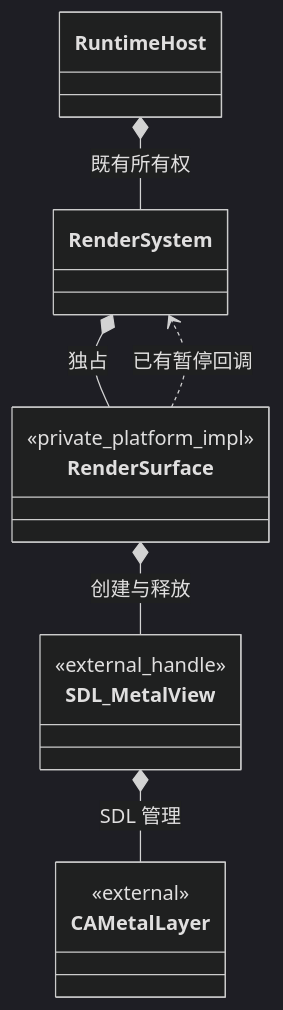
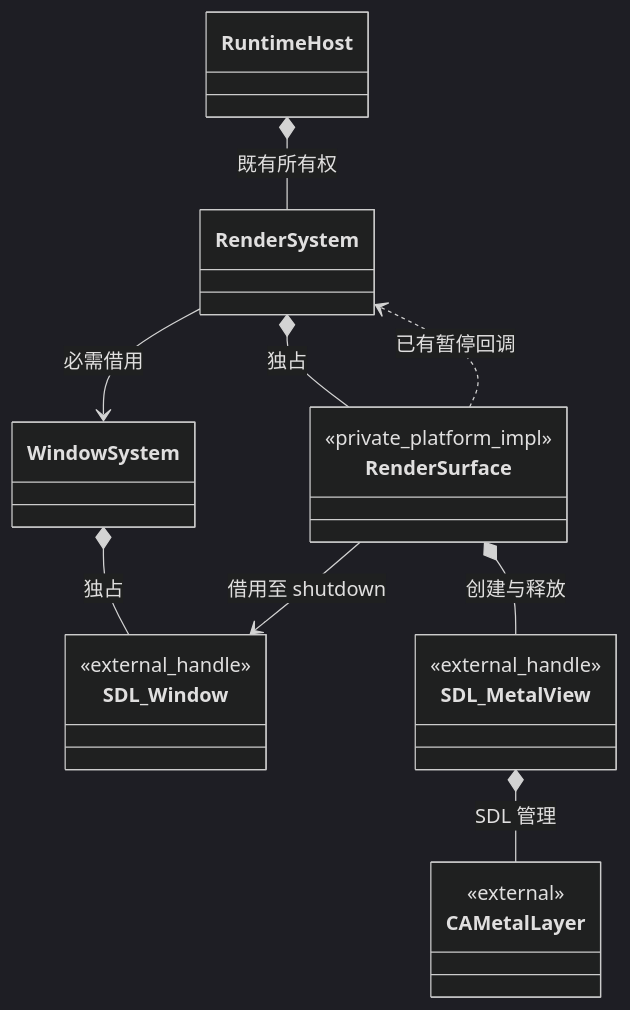
The second of 2 diagrams in docs/runtime/class-diagrams/ios-host.md (lcals/Engine), drawn with Mermaid (dark theme) before and after one commit. The commit also changed other lines of this file and 17 other files, not shown here.

````diff
--- a/docs/runtime/class-diagrams/ios-host.md
+++ b/docs/runtime/class-diagrams/ios-host.md
@@ -53,20 +67,27 @@
 ```mermaid
 classDiagram
     direction TB
     class RuntimeHost
     class RenderSystem
+    class WindowSystem
+    class SDLWindow["SDL_Window"] {
+        <<external_handle>>
+    }
     class RenderSurface {
         <<private_platform_impl>>
     }
     class SDLMetalView["SDL_MetalView"] {
         <<external_handle>>
     }
     class MetalLayer["CAMetalLayer"] {
         <<external>>
     }
     RuntimeHost *-- RenderSystem : 既有所有权
     RenderSystem *-- RenderSurface : 独占
+    RenderSystem --> WindowSystem : 必需借用
+    WindowSystem *-- SDLWindow : 独占
+    RenderSurface --> SDLWindow : 借用至 shutdown
     RenderSurface *-- SDLMetalView : 创建与释放
     SDLMetalView *-- MetalLayer : SDL 管理
     RenderSurface ..> RenderSystem : 已有暂停回调
 ```
````
